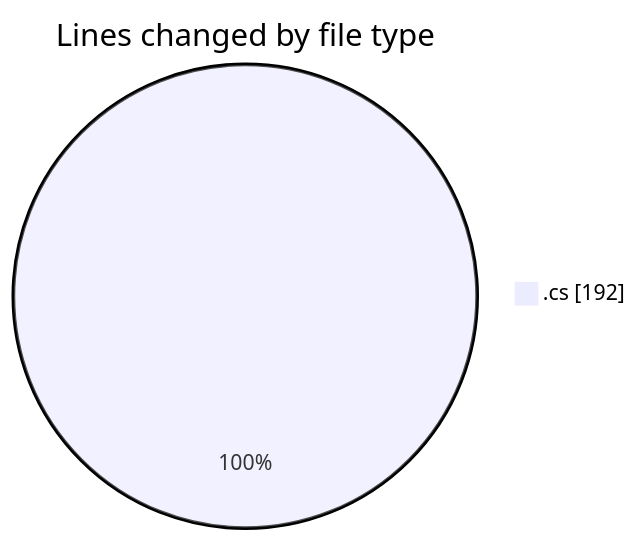
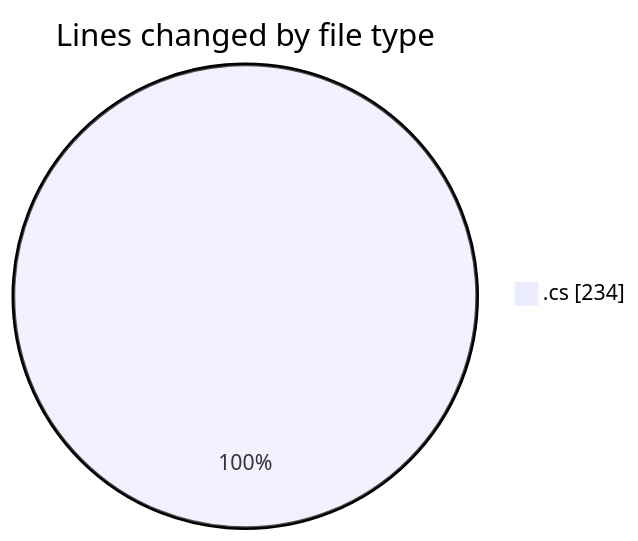
One commit to Netris89/code-tracking changed the first of 2 diagrams in 2025-10-26/skintrack/README.md. Above: the diagram before and after it, drawn with Mermaid. The commit also changed other lines of this file and 1 other file, not shown here.

````diff
--- a/2025-10-26/skintrack/README.md
+++ b/2025-10-26/skintrack/README.md
@@ -25,5 +25,5 @@
 ```mermaid
 pie showData
 title Lines changed by file type
-".cs" : 192
+".cs" : 234
 ```
````
